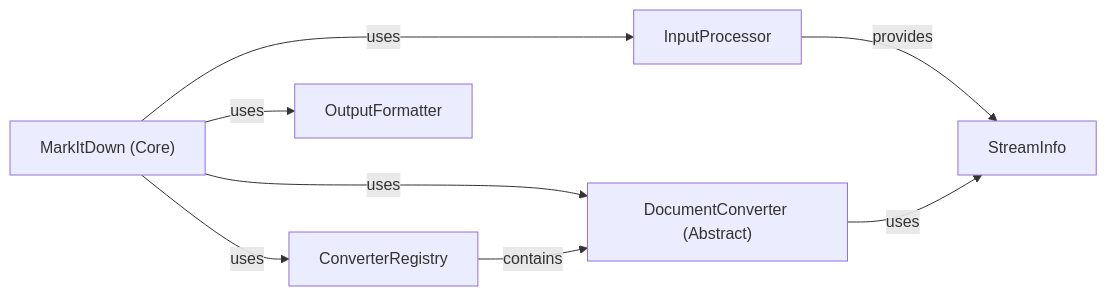
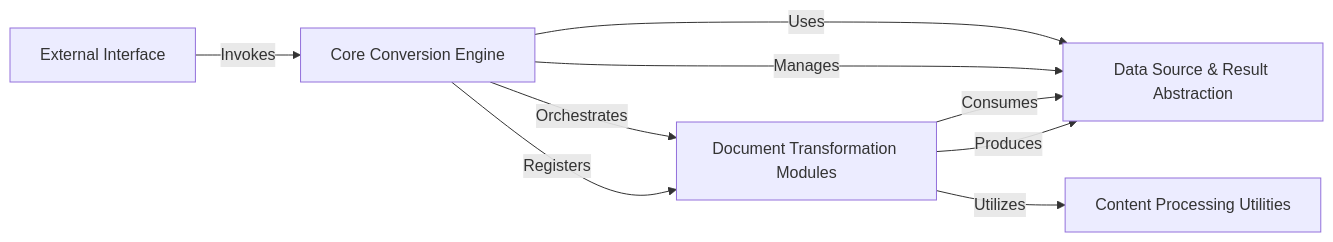
One commit to CodeBoarding/GeneratedOnBoardings changed the diagram in markitdown/on_boarding.md. Above: the diagram before and after it, drawn with Mermaid. The commit also changed other lines of this file and 2 other files, not shown here.

Commit message:
Uploading onboarding materials for markitdown

````diff
--- a/markitdown/on_boarding.md
+++ b/markitdown/on_boarding.md
@@ -1,17 +1,16 @@
 ```mermaid
 graph LR
-    MarkItDown_Core_["MarkItDown (Core)"]
-    ConverterRegistry["ConverterRegistry"]
-    DocumentConverter_Abstract_["DocumentConverter (Abstract)"]
-    InputProcessor["InputProcessor"]
-    OutputFormatter["OutputFormatter"]
-    MarkItDown_Core_ -- "uses" --> ConverterRegistry
-    MarkItDown_Core_ -- "uses" --> InputProcessor
-    MarkItDown_Core_ -- "uses" --> DocumentConverter_Abstract_
-    MarkItDown_Core_ -- "uses" --> OutputFormatter
-    ConverterRegistry -- "contains" --> DocumentConverter_Abstract_
-    InputProcessor -- "provides" --> StreamInfo
-    DocumentConverter_Abstract_ -- "uses" --> StreamInfo
-    click MarkItDown_Core_ href "https://github.com/CodeBoarding/GeneratedOnBoardings/blob/main//markitdown/MarkItDown_Core_.md" "Details"
-    click DocumentConverter_Abstract_ href "https://github.com/CodeBoarding/GeneratedOnBoardings/blob/main//markitdown/DocumentConverter_Abstract_.md" "Details"
+    Core_Conversion_Engine["Core Conversion Engine"]
+    Data_Source_Result_Abstraction["Data Source & Result Abstraction"]
+    Document_Transformation_Modules["Document Transformation Modules"]
+    Content_Processing_Utilities["Content Processing Utilities"]
+    External_Interface["External Interface"]
+    External_Interface -- "Invokes" --> Core_Conversion_Engine
+    Core_Conversion_Engine -- "Uses" --> Data_Source_Result_Abstraction
+    Core_Conversion_Engine -- "Manages" --> Data_Source_Result_Abstraction
+    Core_Conversion_Engine -- "Orchestrates" --> Document_Transformation_Modules
+    Core_Conversion_Engine -- "Registers" --> Document_Transformation_Modules
+    Document_Transformation_Modules -- "Consumes" --> Data_Source_Result_Abstraction
+    Document_Transformation_Modules -- "Produces" --> Data_Source_Result_Abstraction
+    Document_Transformation_Modules -- "Utilizes" --> Content_Processing_Utilities
 ```
````
